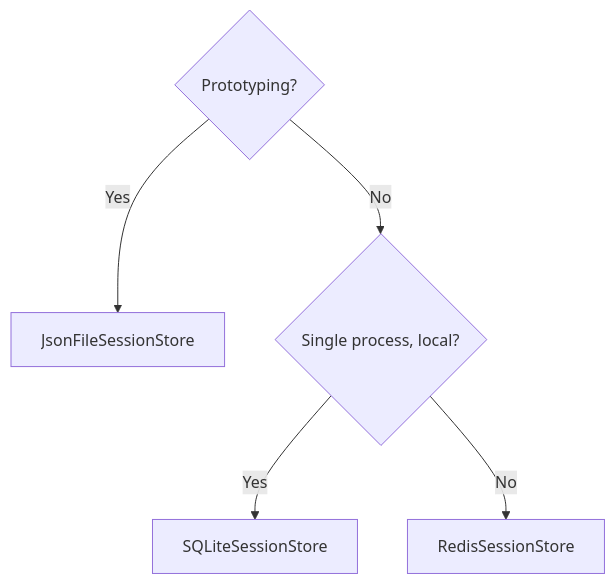
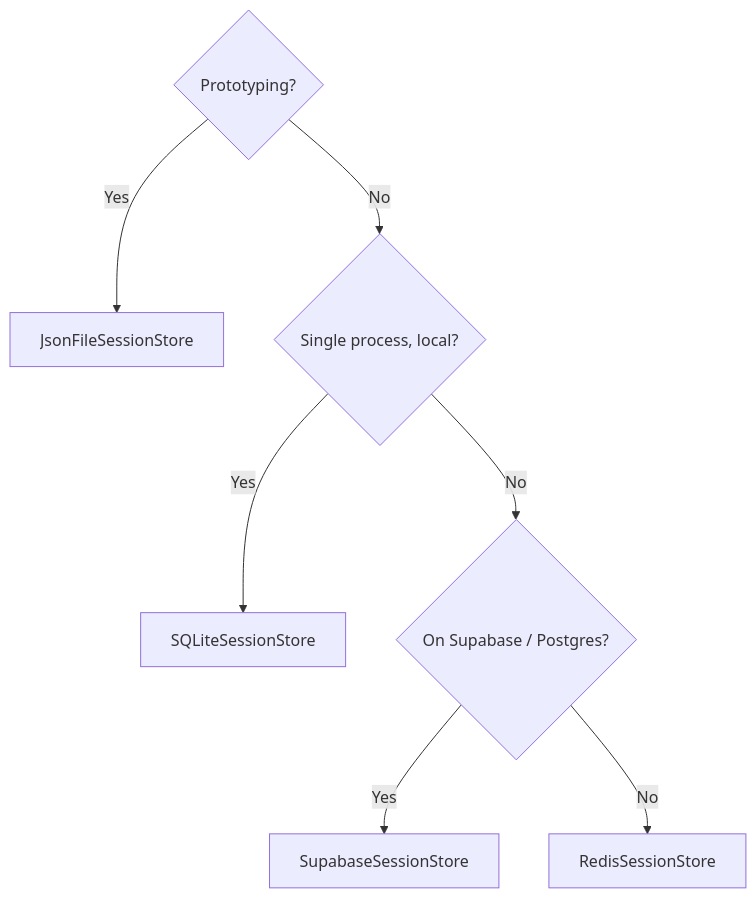
Before and after one commit to johnnichev/selectools: the third of 3 diagrams in docs/modules/SESSIONS.md, drawn with Mermaid. The commit also changed other lines of this file and 15 other files, not shown here.

First line of the commit message:
feat: Supabase sessions polish + first-class RAG/session nodes in builder (#62)

````diff
--- a/docs/modules/SESSIONS.md
+++ b/docs/modules/SESSIONS.md
@@ -404,7 +454,9 @@
 ```mermaid
 flowchart TD
     A{"Prototyping?"} -->|Yes| B["JsonFileSessionStore"]
     A -->|No| C{"Single process, local?"}
     C -->|Yes| D["SQLiteSessionStore"]
-    C -->|No| E["RedisSessionStore"]
+    C -->|No| E{"On Supabase / Postgres?"}
+    E -->|Yes| F["SupabaseSessionStore"]
+    E -->|No| G["RedisSessionStore"]
 ```
````
